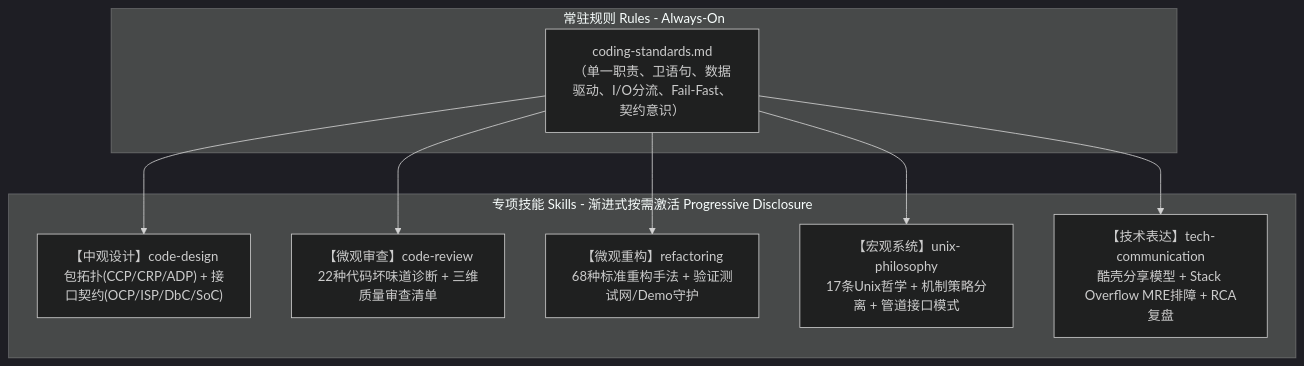
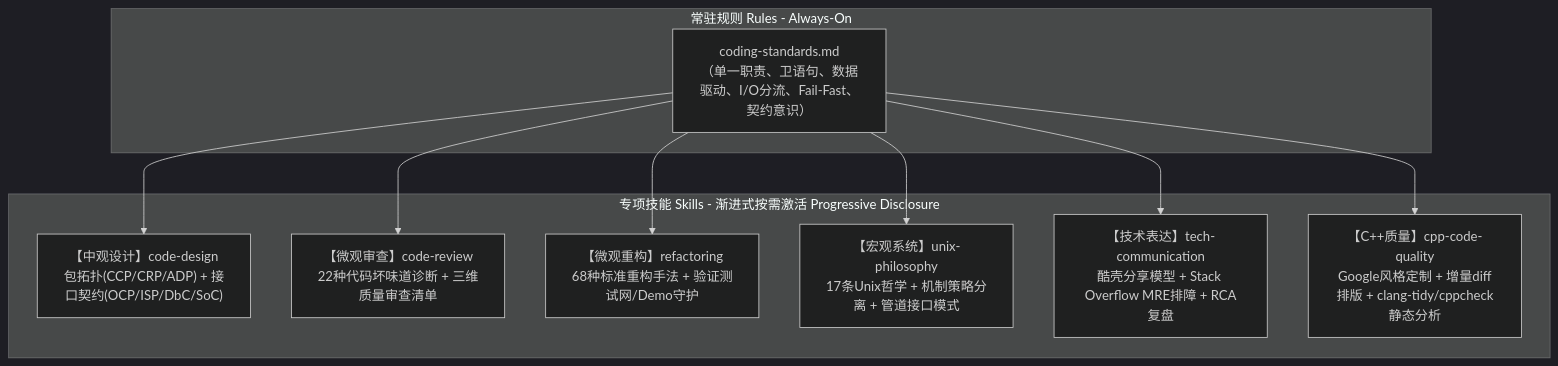
The diagram in README.md (lilucpp/code-craft), drawn with Mermaid (dark theme) before and after one commit. The commit also changed other lines of this file and 12 other files, not shown here.

Commit message:
feat: add cpp-code-quality skill, tooling checks, and clang configurations

````diff
--- a/README.md
+++ b/README.md
@@ -27,20 +27,22 @@
 ```mermaid
 flowchart TD
     subgraph 全局约束底线 [常驻规则 Rules - Always-On]
         R["coding-standards.md<br/>（单一职责、卫语句、数据驱动、I/O分流、Fail-Fast、契约意识）"]
     end
 
     subgraph 专项技能矩阵 [专项技能 Skills - 渐进式按需激活 Progressive Disclosure]
         S1["【中观设计】code-design<br/>包拓扑(CCP/CRP/ADP) + 接口契约(OCP/ISP/DbC/SoC)"]
         S2["【微观审查】code-review<br/>22种代码坏味道诊断 + 三维质量审查清单"]
         S3["【微观重构】refactoring<br/>68种标准重构手法 + 验证测试网/Demo守护"]
         S4["【宏观系统】unix-philosophy<br/>17条Unix哲学 + 机制策略分离 + 管道接口模式"]
         S5["【技术表达】tech-communication<br/>酷壳分享模型 + Stack Overflow MRE排障 + RCA复盘"]
+        S6["【C++质量】cpp-code-quality<br/>Google风格定制 + 增量diff排版 + clang-tidy/cppcheck静态分析"]
     end
 
     R --> S1
     R --> S2
     R --> S3
     R --> S4
     R --> S5
+    R --> S6
 ```
````
